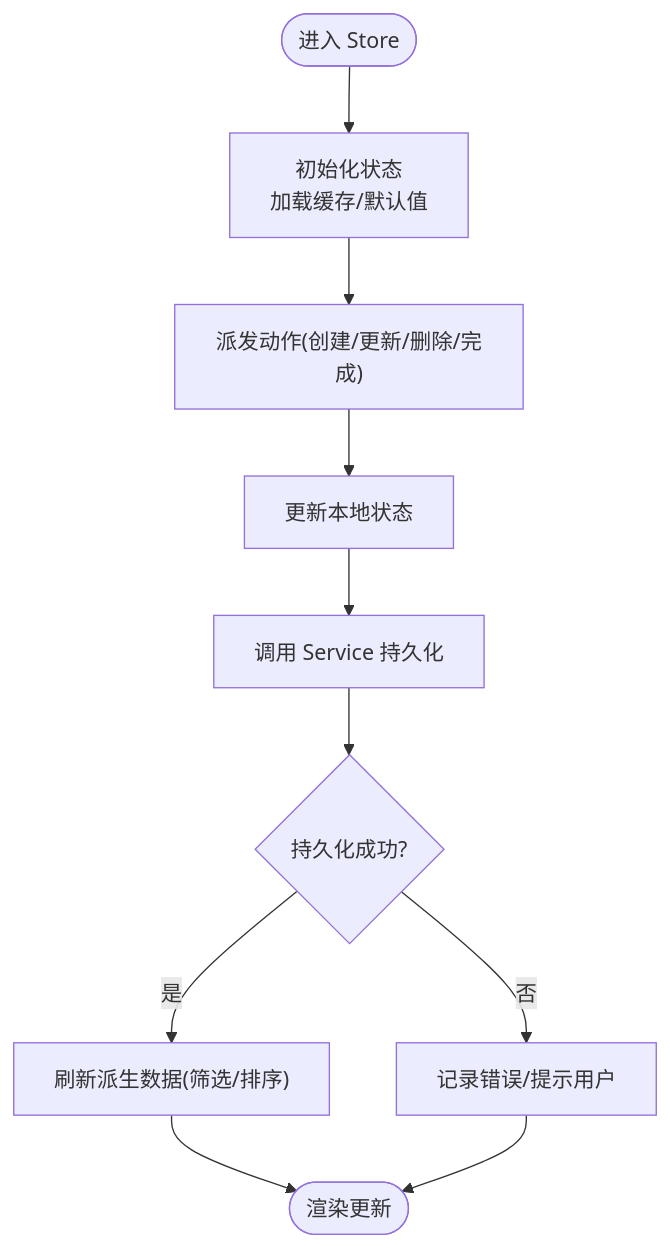
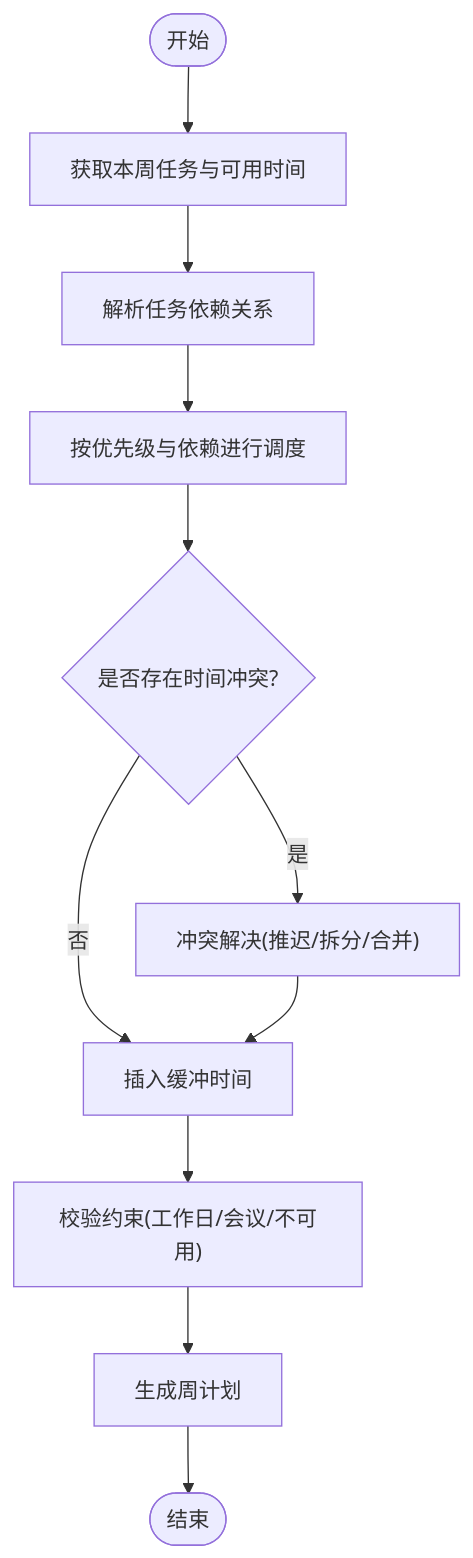
Before and after one commit to gzdxhujiale/FishWorker: the fourth of 10 diagrams in .qoder/repowiki/zh/content/核心功能模块/时间管理系统.md, drawn with Mermaid. The commit also changed other lines of this file and 238 other files, not shown here.

````diff
--- a/.qoder/repowiki/zh/content/核心功能模块/时间管理系统.md
+++ b/.qoder/repowiki/zh/content/核心功能模块/时间管理系统.md
@@ -163,12 +194,13 @@
 ```mermaid
 flowchart TD
-Start(["进入 Store"]) --> LoadState["初始化状态<br/>加载缓存/默认值"]
-LoadState --> Dispatch["派发动作(创建/更新/删除/完成)"]
-Dispatch --> UpdateLocal["更新本地状态"]
-UpdateLocal --> Persist["调用 Service 持久化"]
-Persist --> Success{"持久化成功?"}
-Success --> |是| SyncView["刷新派生数据(筛选/排序)"]
-Success --> |否| HandleError["记录错误/提示用户"]
-SyncView --> End(["渲染更新"])
-HandleError --> End
+UStart(["开始"]) --> Fetch["获取本周任务与可用时间"]
+Fetch --> Dependencies["解析任务依赖关系"]
+Dependencies --> Schedule["按优先级与依赖进行调度"]
+Schedule --> Conflict{"是否存在时间冲突?"}
+Conflict --> |是| Resolve["冲突解决(推迟/拆分/合并)"]
+Conflict --> |否| Buffer["插入缓冲时间"]
+Resolve --> Buffer
+Buffer --> Validate["校验约束(工作日/会议/不可用)"]
+Validate --> Output["生成周计划"]
+Output --> UEnd(["结束"])
 ```
````
